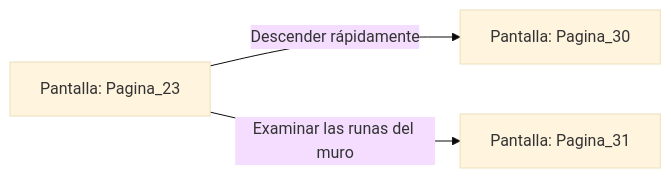
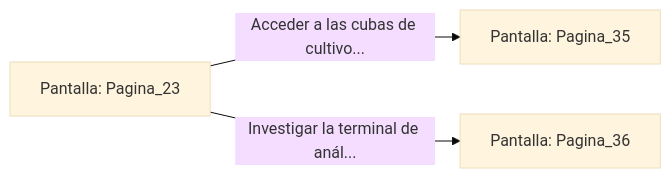
Before and after one commit to metsuke/mpl: the diagram in sample/eligejuego-vault/Pantalla_Pagina_23.md, drawn with Mermaid (base theme). The commit also changed other lines of this file and 635 other files, not shown here.

First line of the commit message:
fix: añadir Pagina_1 como pantalla inicial en capitulo_01.mpl

````diff
--- a/sample/eligejuego-vault/Pantalla_Pagina_23.md
+++ b/sample/eligejuego-vault/Pantalla_Pagina_23.md
@@ -17,6 +20,6 @@
 ```mermaid
 graph LR
     P_Pagina_23["Pantalla: Pagina_23"]
-    P_Pagina_23 -->|"Descender rápidamente"| P_Pagina_30["Pantalla: Pagina_30"]
-    P_Pagina_23 -->|"Examinar las runas del muro"| P_Pagina_31["Pantalla: Pagina_31"]
+    P_Pagina_23 -->|"Acceder a las cubas de cultivo..."| P_Pagina_35["Pantalla: Pagina_35"]
+    P_Pagina_23 -->|"Investigar la terminal de anál..."| P_Pagina_36["Pantalla: Pagina_36"]
 ```
````
